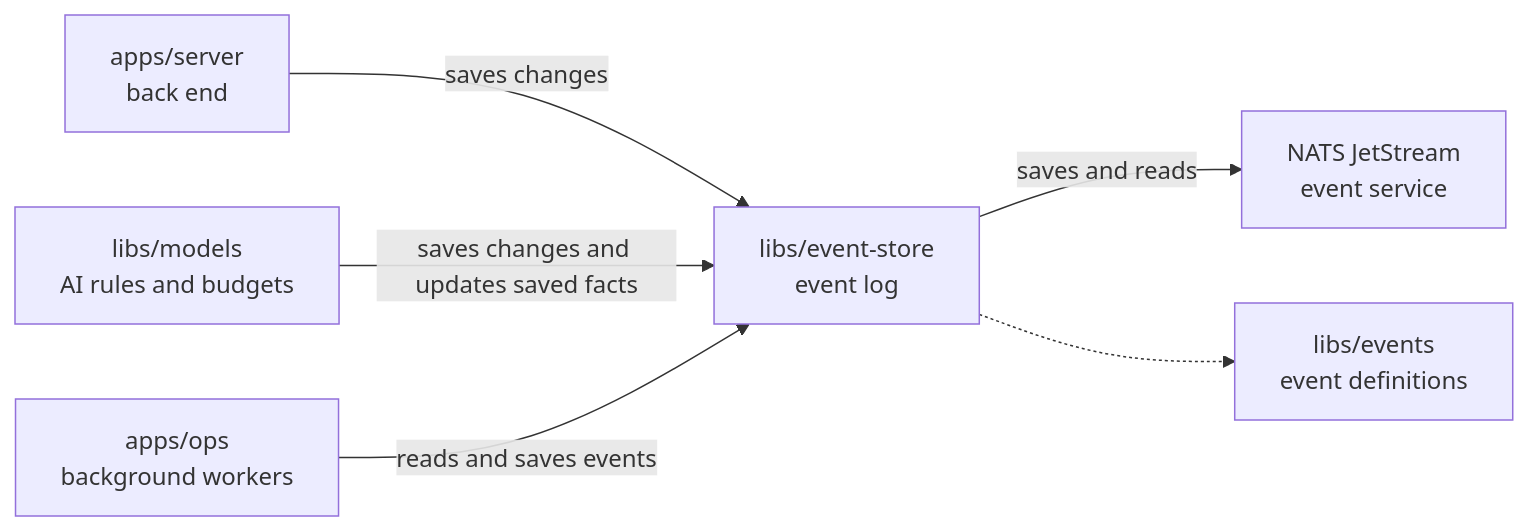
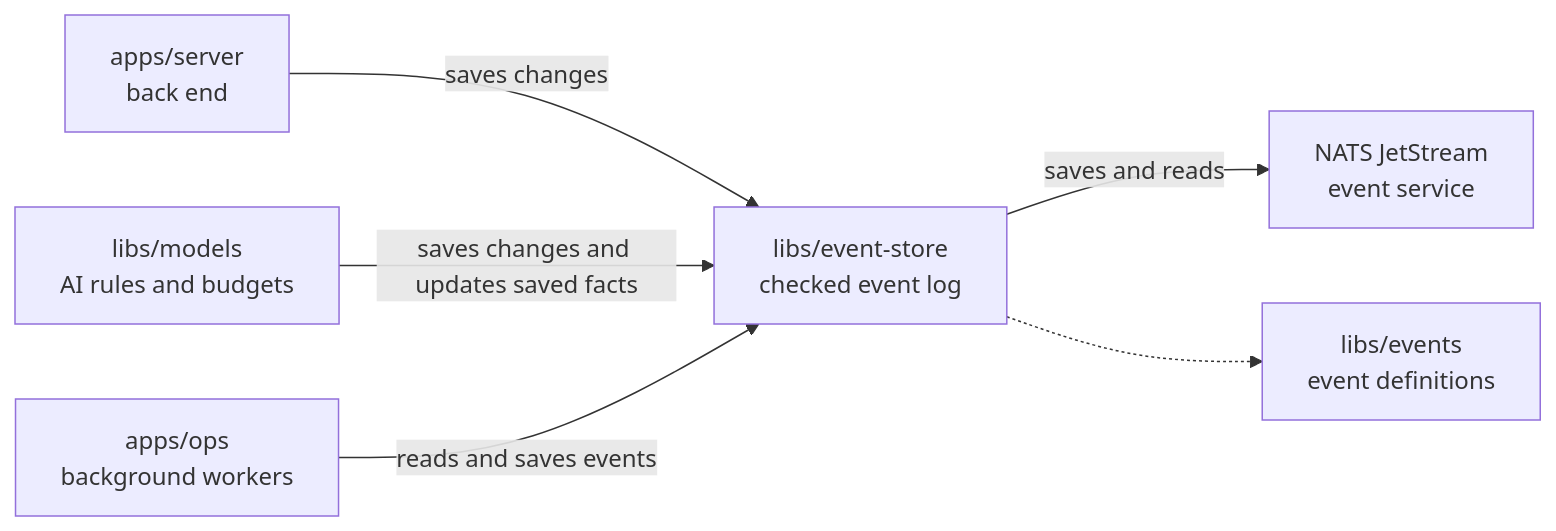
The diagram in libs/event-store/README.md (elewa-git/opencrane-new), drawn with Mermaid before and after one commit. The commit also changed other lines of this file and 18 other files, not shown here.

````diff
--- a/libs/event-store/README.md
+++ b/libs/event-store/README.md
@@ -22,8 +22,8 @@
 ```mermaid
 flowchart LR
-  server["apps/server<br/>back end"] -->|saves changes| store["libs/event-store<br/>event log"]
+  server["apps/server<br/>back end"] -->|saves changes| store["libs/event-store<br/>checked event log"]
   models["libs/models<br/>AI rules and budgets"] -->|saves changes and updates saved facts| store
   ops["apps/ops<br/>background workers"] -->|reads and saves events| store
   store -->|saves and reads| nats["NATS JetStream<br/>event service"]
   store -.-> events["libs/events<br/>event definitions"]
 ```
````
